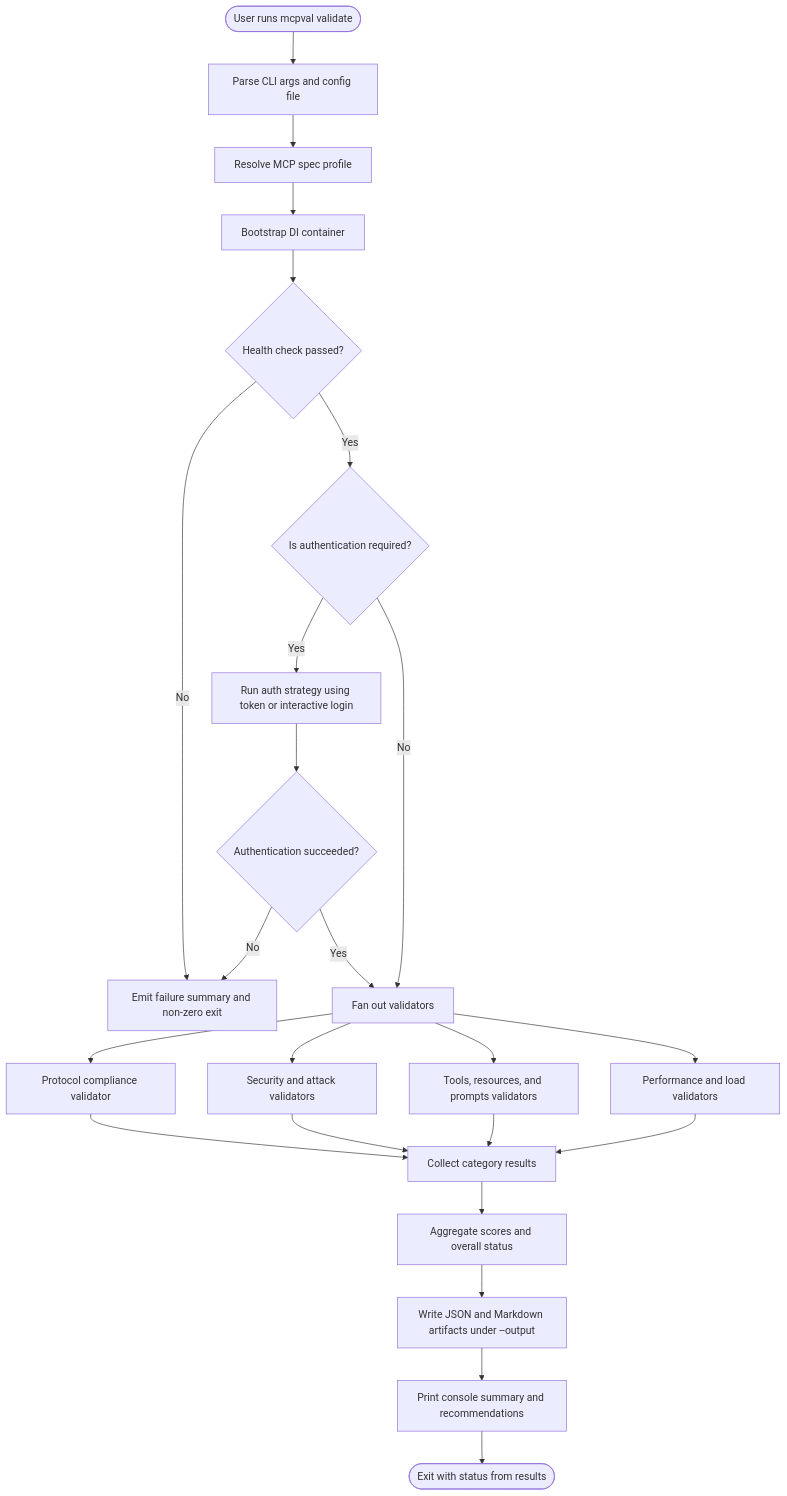
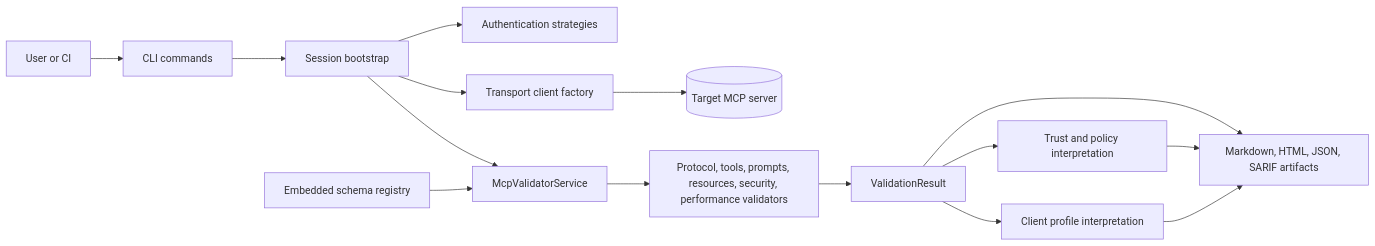
Before and after one commit to navalerakesh/mcp-validation-security: the diagram in docs/Design/Architecture.md, drawn with Mermaid. The commit also changed other lines of this file and 158 other files, not shown here.

````diff
--- a/docs/Design/Architecture.md
+++ b/docs/Design/Architecture.md
@@ -143,32 +33,17 @@
 ```mermaid
-flowchart TD
-		Start([User runs mcpval validate]) --> Args[Parse CLI args and config file]
-		Args --> Profile[Resolve MCP spec profile]
-		Profile --> DI[Bootstrap DI container]
-		DI --> Health{Health check passed?}
-
-		Health -- "No" --> Fail[Emit failure summary and non-zero exit]
-		Health -- "Yes" --> Auth{Is authentication required?}
-
-		Auth -- "Yes" --> AuthFlow[Run auth strategy using token or interactive login]
-		AuthFlow --> AuthOk{Authentication succeeded?}
-		AuthOk -- "No" --> Fail
-
-		Auth -- "No" --> FanOut[Fan out validators]
-		AuthOk -- "Yes" --> FanOut
-
-		FanOut --> V1[Protocol compliance validator]
-		FanOut --> V2[Security and attack validators]
-		FanOut --> V3[Tools, resources, and prompts validators]
-		FanOut --> V4[Performance and load validators]
-
-		V1 --> Collect[Collect category results]
-		V2 --> Collect
-		V3 --> Collect
-		V4 --> Collect
-
-		Collect --> Score[Aggregate scores and overall status]
-		Score --> Artifacts[Write JSON and Markdown artifacts under --output]
-		Artifacts --> Console[Print console summary and recommendations]
-		Console --> End([Exit with status from results])
+flowchart LR
+    User[User or CI] --> CLI[CLI commands]
+    CLI --> Session[Session bootstrap]
+    Session --> Auth[Authentication strategies]
+    Session --> Transport[Transport client factory]
+    Transport --> Target[(Target MCP server)]
+    Session --> Service[McpValidatorService]
+    Schema[Embedded schema registry] --> Service
+    Service --> Validators[Protocol, tools, prompts, resources, security, performance validators]
+    Validators --> Result[ValidationResult]
+    Result --> Trust[Trust and policy interpretation]
+    Result --> Profiles[Client profile interpretation]
+    Result --> Artifacts[Markdown, HTML, JSON, SARIF artifacts]
+    Trust --> Artifacts
+    Profiles --> Artifacts
 ```
````
